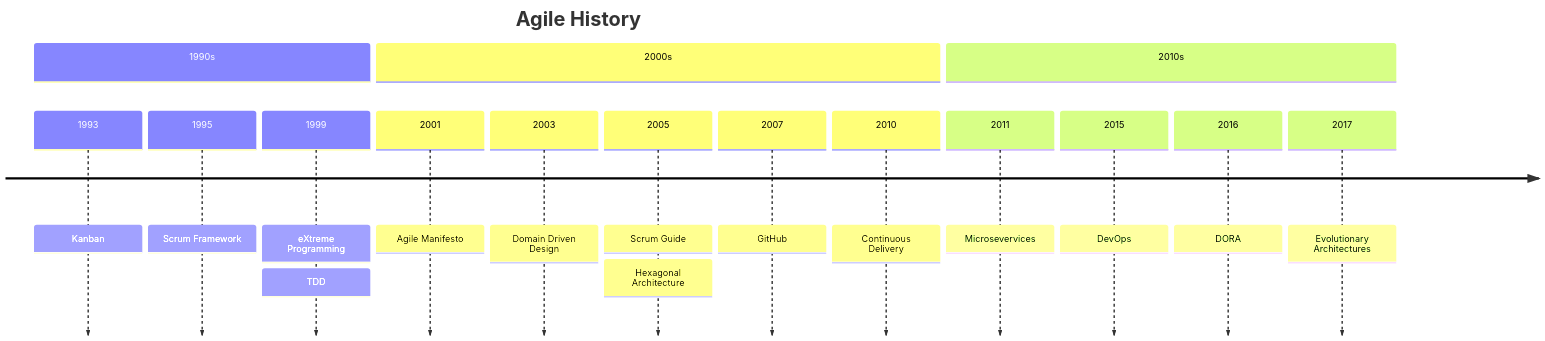
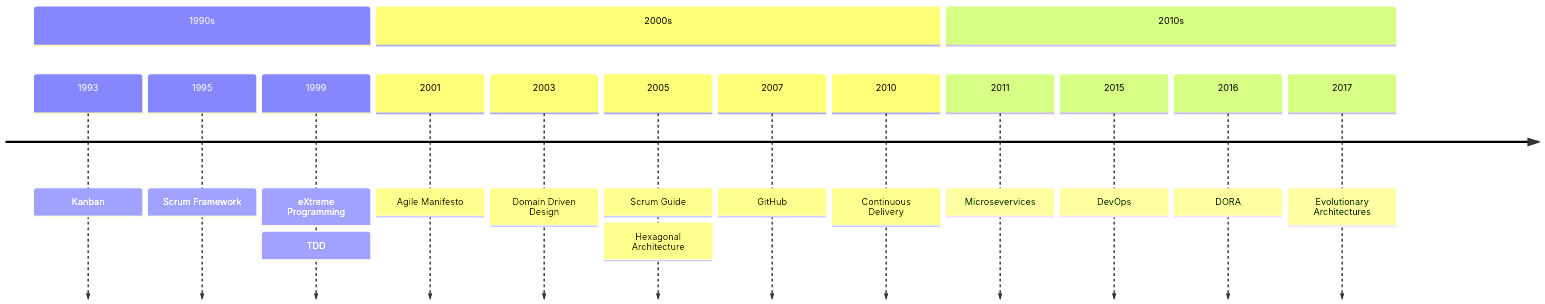
One commit to tangly-team/tangly-os changed the diagram in src/site/workshops/agile-scrum/agile-scrum.adoc. Above: the diagram before and after it, drawn with Mermaid. The commit also changed other lines of this file and 4 other files, not shown here.

```diff
--- a/src/site/workshops/agile-scrum/agile-scrum.adoc
+++ b/src/site/workshops/agile-scrum/agile-scrum.adoc
@@ -107,22 +110,21 @@
 [mermaid,agile-history,svg]
 ----
 timeline
-    title Agile History
     section 1990s
         1993 : Kanban
         1995 : Scrum Framework
         1999 : eXtreme Programming
              : TDD
     section 2000s
         2001 : Agile Manifesto
         2003 : Domain Driven Design
         2005 : Scrum Guide
              : Hexagonal Architecture
         2007 : GitHub
         2010 : Continuous Delivery
     section 2010s
         2011 : Microsevervices
         2015 : DevOps
         2016 : DORA
         2017 : Evolutionary Architectures
 ----
```
